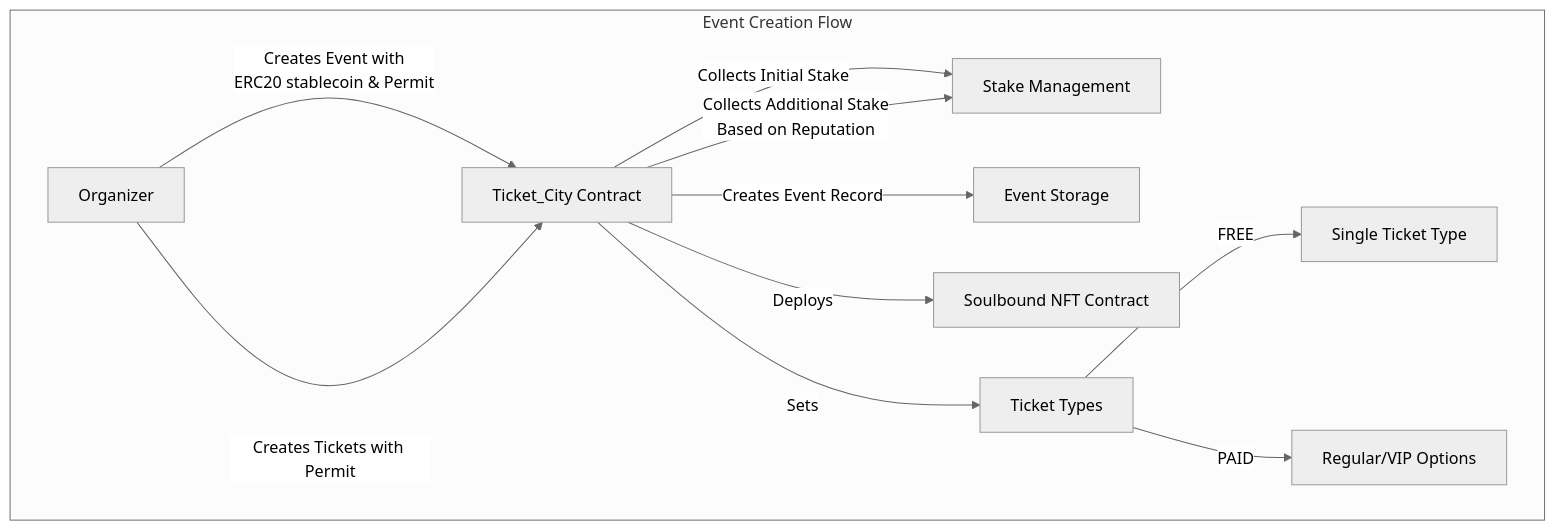
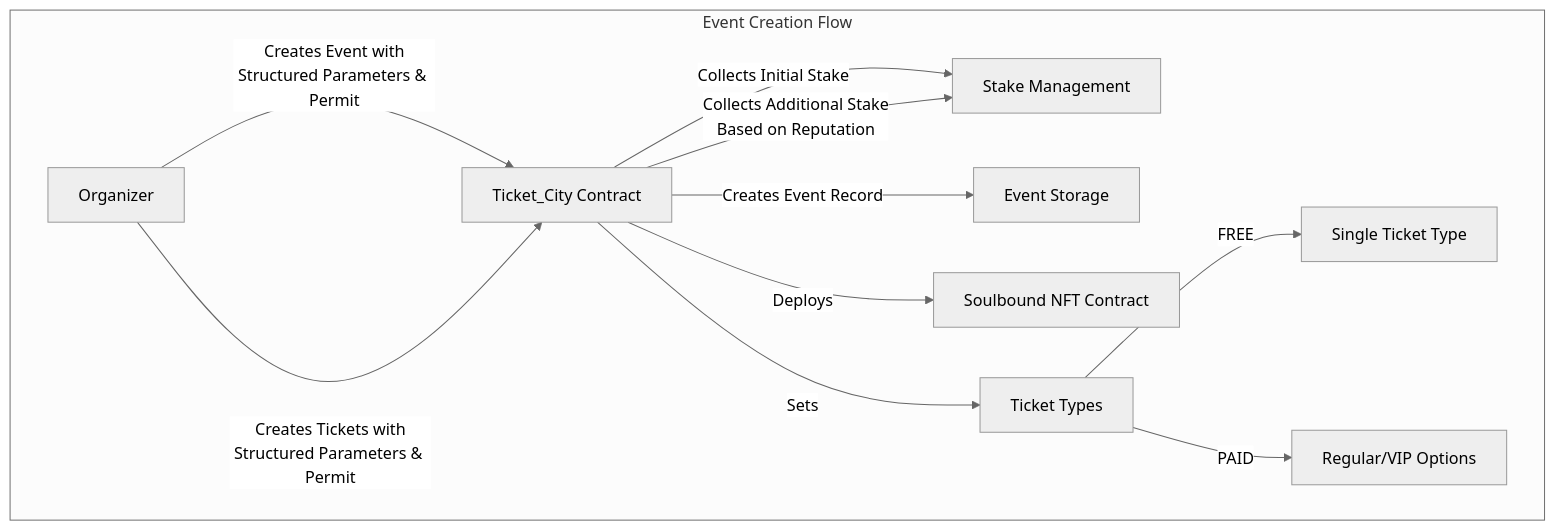
Before and after one commit to DevBigEazi/TicketCity: the first of 6 diagrams in README.md, drawn with Mermaid (neutral theme). The commit also changed other lines of this file and 5 other files, not shown here.

````diff
--- a/README.md
+++ b/README.md
@@ -281,14 +317,14 @@
 ```mermaid
 graph TD
    subgraph "Event Creation Flow"
-   A[Organizer] -->|Creates Event with<br>ERC20 stablecoin & Permit| B[Ticket_City Contract]
+   A[Organizer] -->|Creates Event with<br>Structured Parameters & Permit| B[Ticket_City Contract]
    B -->|Collects Initial Stake| C[Stake Management]
    B -->|Creates Event Record| D[Event Storage]
-   A -->|Creates Tickets with Permit| B
+   A -->|Creates Tickets with<br>Structured Parameters & Permit| B
    B -->|Deploys| E[Soulbound NFT Contract]
    B -->|Sets| F[Ticket Types]
    F -->|FREE| G[Single Ticket Type]
    F -->|PAID| H[Regular/VIP Options]
    B -->|Collects Additional Stake<br>Based on Reputation| C
 end
 ```
````
